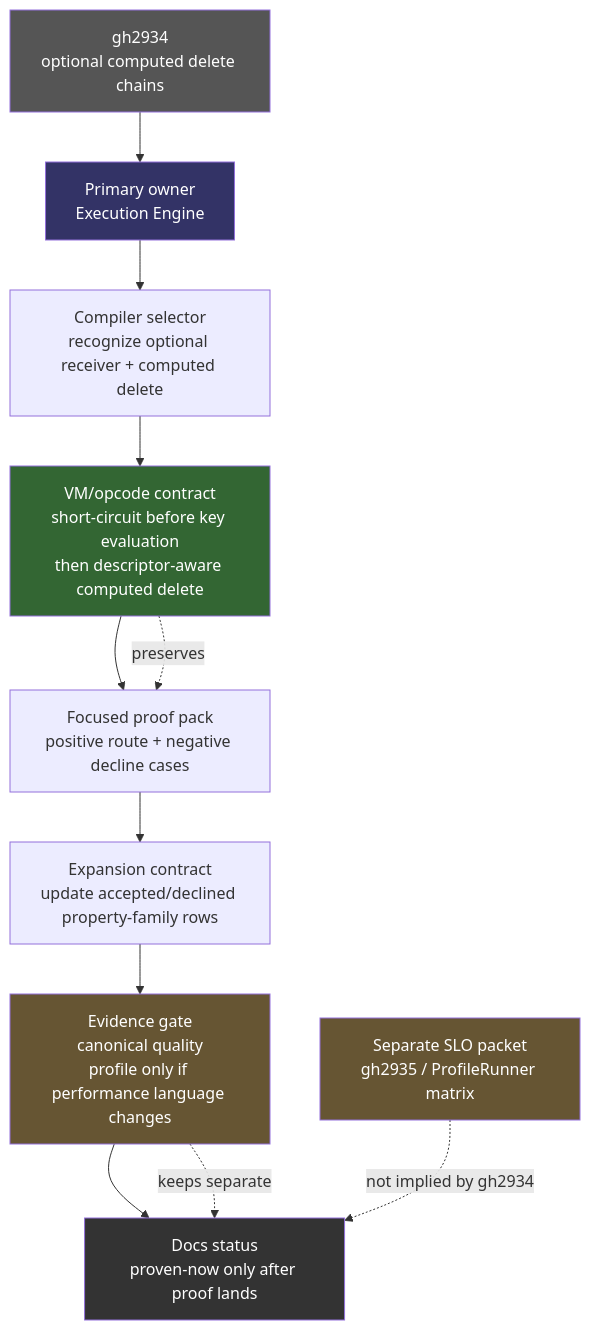
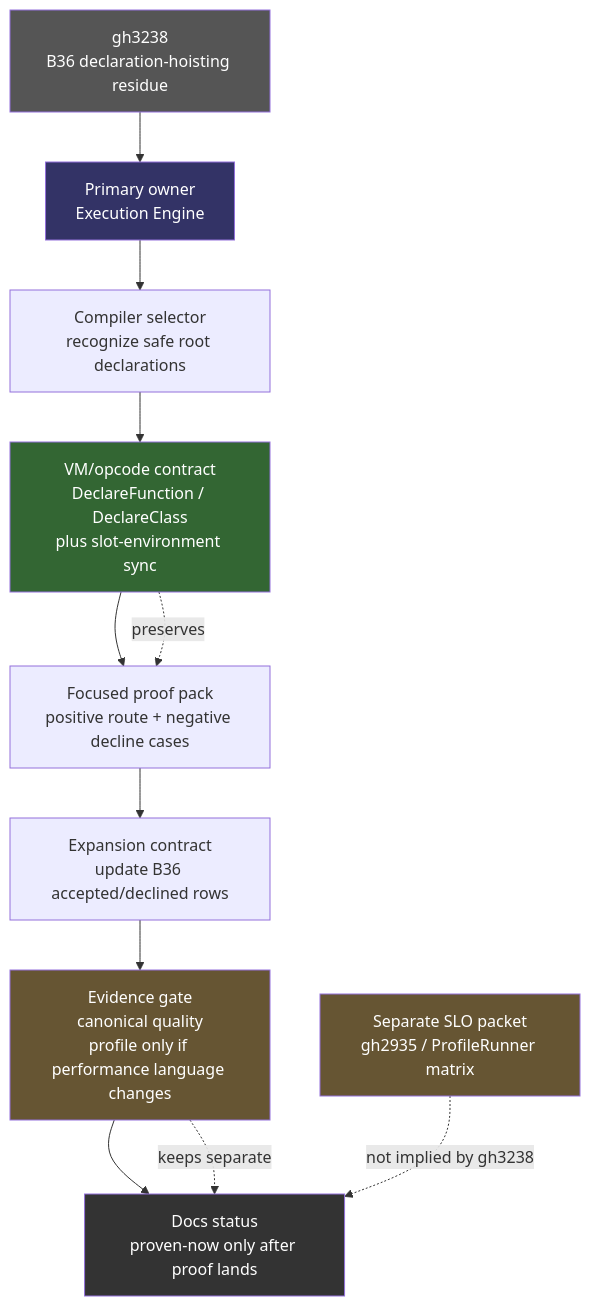
Before and after one commit to asynkron/Asynkron.JsEngine: diagram 37 of 38 in docs/dreaming.md, drawn with Mermaid. The commit also changed other lines of this file and 1 other file, not shown here.

Commit message:
docs: rebaseline Dreamer packet selector

````diff
--- a/docs/dreaming.md
+++ b/docs/dreaming.md
@@ -1520,24 +1521,24 @@
 ```mermaid
 flowchart TD
-    ROADMAP["gh2934\noptional computed delete chains"]
+    ROADMAP["gh3238\nB36 declaration-hoisting residue"]
     OWNER["Primary owner\nExecution Engine"]
-    SELECTOR["Compiler selector\nrecognize optional receiver + computed delete"]
-    OPCODE["VM/opcode contract\nshort-circuit before key evaluation\nthen descriptor-aware computed delete"]
+    SELECTOR["Compiler selector\nrecognize safe root declarations"]
+    OPCODE["VM/opcode contract\nDeclareFunction / DeclareClass\nplus slot-environment sync"]
     PROOF["Focused proof pack\npositive route + negative decline cases"]
-    CONTRACT["Expansion contract\nupdate accepted/declined property-family rows"]
+    CONTRACT["Expansion contract\nupdate B36 accepted/declined rows"]
     EVIDENCE["Evidence gate\ncanonical quality\nprofile only if performance language changes"]
     DOCS["Docs status\nproven-now only after proof lands"]
     SLO["Separate SLO packet\ngh2935 / ProfileRunner matrix"]
 
     ROADMAP --> OWNER --> SELECTOR --> OPCODE --> PROOF --> CONTRACT --> EVIDENCE --> DOCS
     OPCODE -. preserves .-> PROOF
     EVIDENCE -. keeps separate .-> DOCS
-    SLO -. not implied by gh2934 .-> DOCS
+    SLO -. not implied by gh3238 .-> DOCS
 
     style ROADMAP fill:#555,color:#fff
     style OWNER fill:#336,color:#fff
     style OPCODE fill:#363,color:#fff
     style EVIDENCE fill:#653,color:#fff
     style DOCS fill:#333,color:#fff
     style SLO fill:#653,color:#fff
 ```
````
